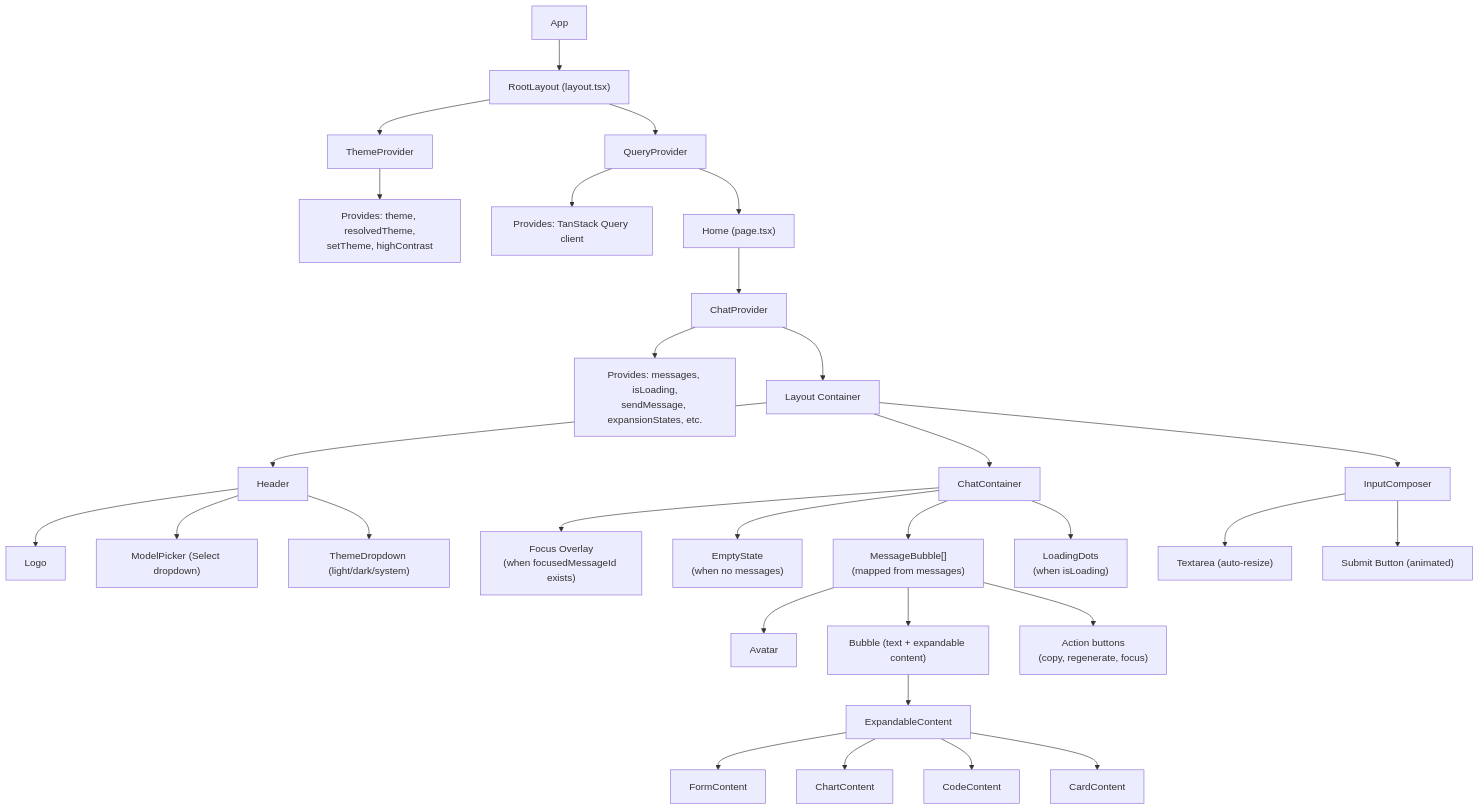
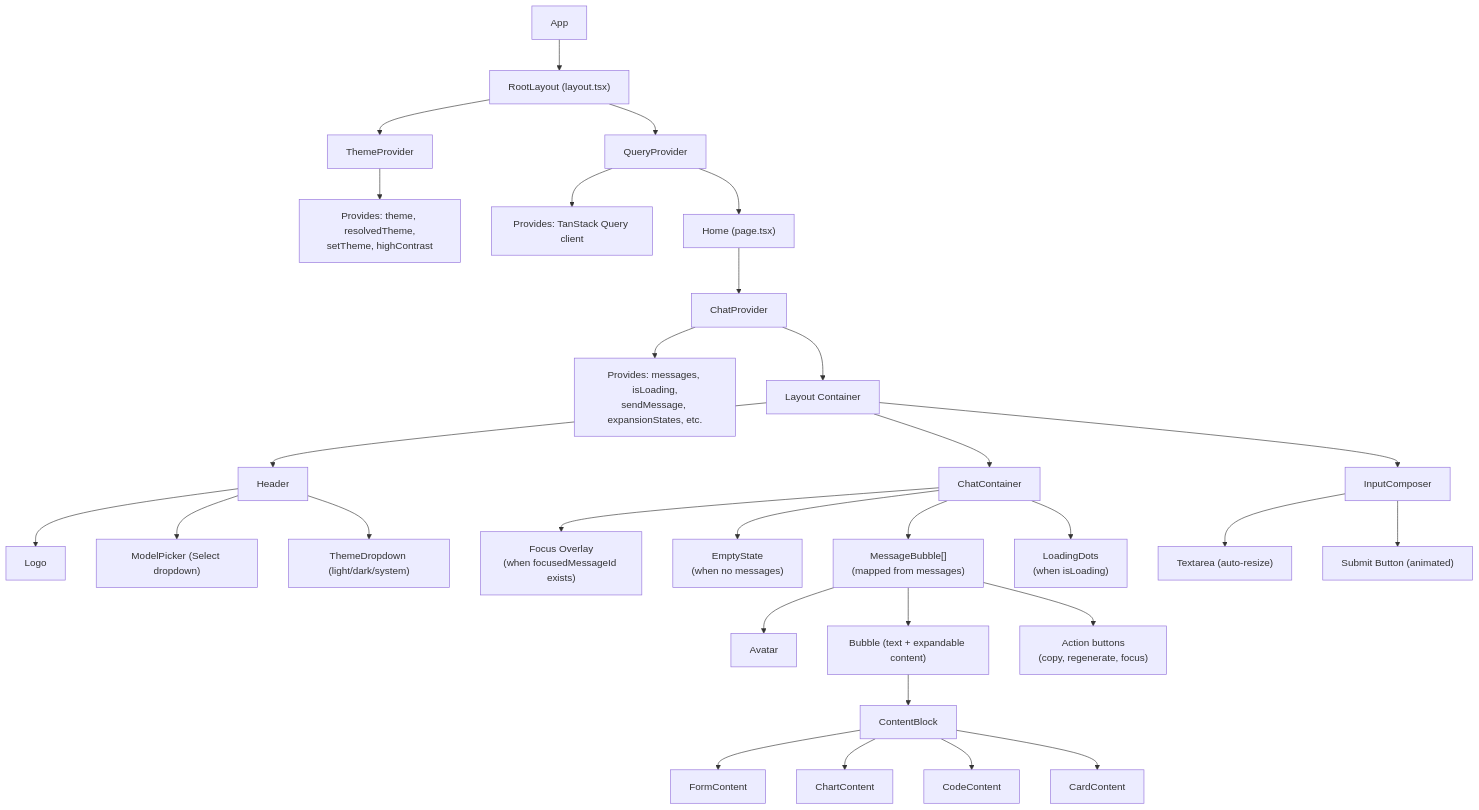
One commit to sequenzia/sequenzia-dev changed the sixth of 9 diagrams in docs/app-flow.md. Above: the diagram before and after it, drawn with Mermaid. The commit also changed other lines of this file and 11 other files, not shown here.

Commit message:
feat: rename ExpandableContent to ContentBlock and implement new content types for enhanced message handling

````diff
--- a/docs/app-flow.md
+++ b/docs/app-flow.md
@@ -252,35 +252,35 @@
 ```mermaid
 graph TD
     App --> RootLayout["RootLayout (layout.tsx)"]
     RootLayout --> ThemeProvider
     ThemeProvider --> ThemeProvides["Provides: theme, resolvedTheme,<br/>setTheme, highContrast"]
     RootLayout --> QueryProvider
     QueryProvider --> QueryProvides["Provides: TanStack Query client"]
     QueryProvider --> Home["Home (page.tsx)"]
     Home --> ChatProvider
     ChatProvider --> ChatProvides["Provides: messages, isLoading,<br/>sendMessage, expansionStates, etc."]
     ChatProvider --> LayoutContainer["Layout Container"]
 
     LayoutContainer --> Header
     Header --> Logo
     Header --> ModelPicker["ModelPicker (Select dropdown)"]
     Header --> ThemeDropdown["ThemeDropdown (light/dark/system)"]
 
     LayoutContainer --> ChatContainer
     ChatContainer --> FocusOverlay["Focus Overlay<br/>(when focusedMessageId exists)"]
     ChatContainer --> EmptyState["EmptyState<br/>(when no messages)"]
     ChatContainer --> MessageBubble["MessageBubble[]<br/>(mapped from messages)"]
     MessageBubble --> Avatar
     MessageBubble --> Bubble["Bubble (text + expandable content)"]
-    Bubble --> ExpandableContent
-    ExpandableContent --> FormContent
-    ExpandableContent --> ChartContent
-    ExpandableContent --> CodeContent
-    ExpandableContent --> CardContent
+    Bubble --> ContentBlock
+    ContentBlock --> FormContent
+    ContentBlock --> ChartContent
+    ContentBlock --> CodeContent
+    ContentBlock --> CardContent
     MessageBubble --> ActionButtons["Action buttons<br/>(copy, regenerate, focus)"]
     ChatContainer --> LoadingDots["LoadingDots<br/>(when isLoading)"]
 
     LayoutContainer --> InputComposer
     InputComposer --> Textarea["Textarea (auto-resize)"]
     InputComposer --> SubmitButton["Submit Button (animated)"]
 ```
````
